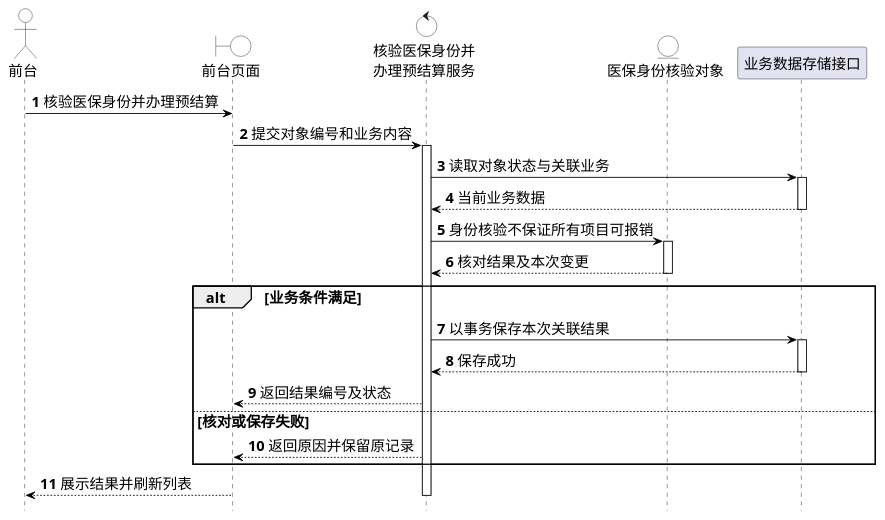
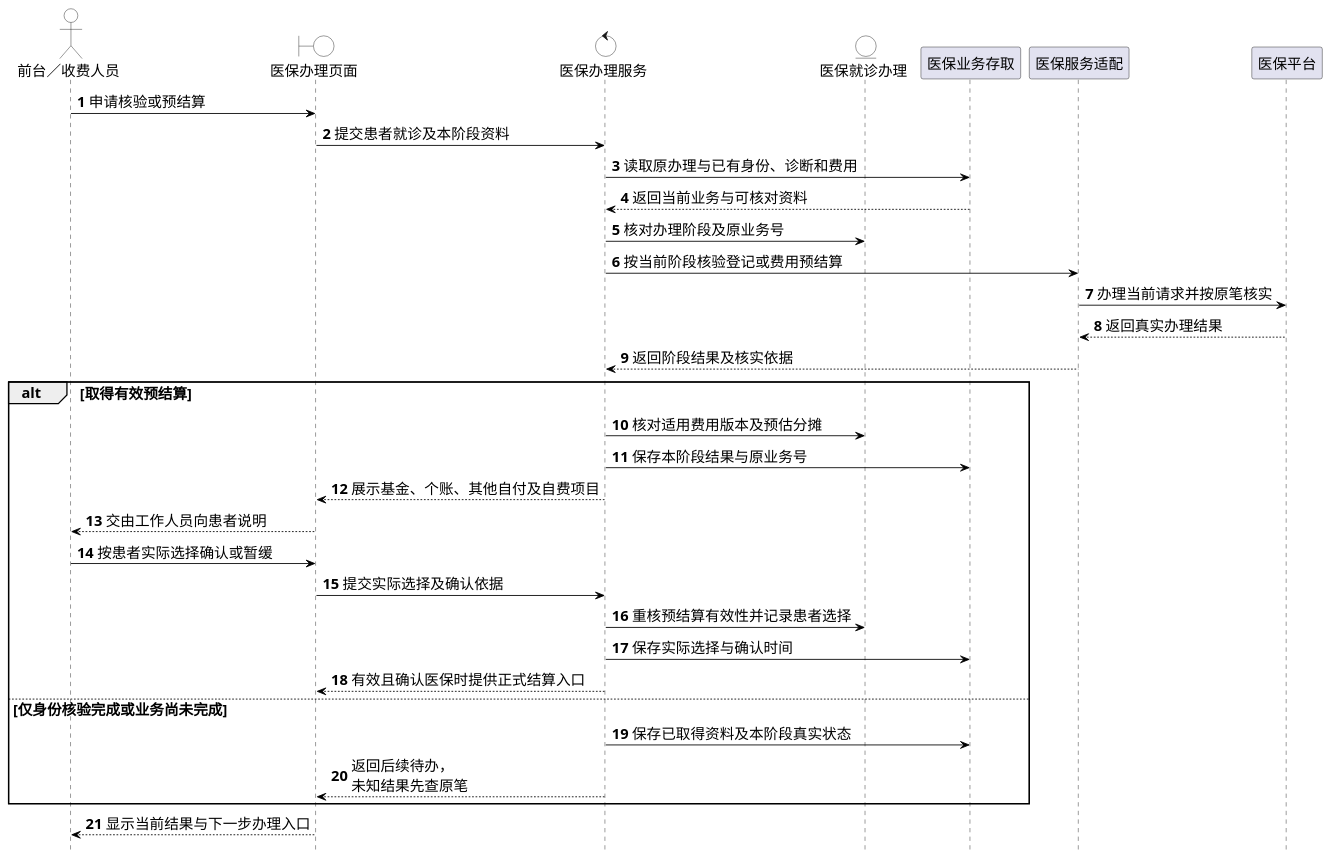
The diagram in 01-需求文档/diagrams/integrated-20261019/design-seq-22.puml (Shawmc-creator/systemAnalyseAndDesign), drawn with PlantUML before and after one commit. The commit also changed 53 other files, not shown here.

```diff
--- a/01-需求文档/diagrams/integrated-20261019/design-seq-22.puml
+++ b/01-需求文档/diagrams/integrated-20261019/design-seq-22.puml
@@ -1,48 +1,52 @@
 @startuml
 skinparam backgroundColor white
 skinparam shadowing false
 skinparam defaultFontName SimSun
 skinparam defaultFontSize 17
 skinparam ArrowColor black
 skinparam ClassBackgroundColor white
 skinparam ActorBackgroundColor white
 skinparam BoundaryBackgroundColor white
 skinparam ControlBackgroundColor white
 skinparam EntityBackgroundColor white
 skinparam NoteBackgroundColor white
 skinparam NoteBorderColor black
 skinparam classAttributeIconSize 0
 skinparam nodesep 24
 skinparam ranksep 34
 hide footbox
 autonumber
-skinparam maxMessageSize 150
-actor "前台" as A
-boundary "前台页面" as P
-control "核验医保身份并\n办理预结算服务" as S
-entity "医保身份核验对象" as E
-participant "业务数据存储接口" as R
-A -> P : 核验医保身份并办理预结算
-P -> S : 提交对象编号和业务内容
-activate S
-S -> R : 读取对象状态与关联业务
-activate R
-R --> S : 当前业务数据
-deactivate R
-S -> E : 身份核验不保证所有项目可报销
-activate E
-E --> S : 核对结果及本次变更
-deactivate E
-alt 业务条件满足
-S -> R : 以事务保存本次关联结果
-activate R
-R --> S : 保存成功
-deactivate R
-S --> P : 返回结果编号及状态
-else 核对或保存失败
-S --> P : 返回原因并保留原记录
+skinparam maxMessageSize 145
+actor "前台／收费人员" as A
+boundary "医保办理页面" as P
+control "医保办理服务" as S
+entity "医保就诊办理" as C
+participant "医保业务存取" as R
+participant "医保服务适配" as G
+participant "医保平台" as X
+A -> P : 申请核验或预结算
+P -> S : 提交患者就诊及本阶段资料
+S -> R : 读取原办理与已有身份、诊断和费用
+R --> S : 返回当前业务与可核对资料
+S -> C : 核对办理阶段及原业务号
+S -> G : 按当前阶段核验登记或费用预结算
+G -> X : 办理当前请求并按原笔核实
+X --> G : 返回真实办理结果
+G --> S : 返回阶段结果及核实依据
+alt 取得有效预结算
+ S -> C : 核对适用费用版本及预估分摊
+ S -> R : 保存本阶段结果与原业务号
+ S --> P : 展示基金、个账、其他自付及自费项目
+ P --> A : 交由工作人员向患者说明
+ A -> P : 按患者实际选择确认或暂缓
+ P -> S : 提交实际选择及确认依据
+ S -> C : 重核预结算有效性并记录患者选择
+ S -> R : 保存实际选择与确认时间
+ S --> P : 有效且确认医保时提供正式结算入口
+else 仅身份核验完成或业务尚未完成
+ S -> R : 保存已取得资料及本阶段真实状态
+ S --> P : 返回后续待办，未知结果先查原笔
 end
-P --> A : 展示结果并刷新列表
-deactivate S
+P --> A : 显示当前结果与下一步办理入口
 
 @enduml
```
